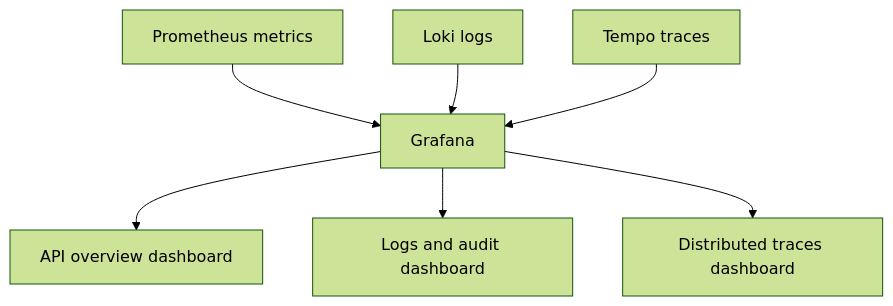
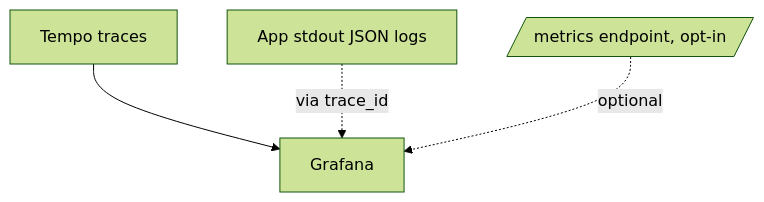
The diagram in docs/tools/grafana.md (Guebbit/boilerplate-node-backend), drawn with Mermaid (forest theme) before and after one commit. The commit also changed other lines of this file and 11 other files, not shown here.

````diff
--- a/docs/tools/grafana.md
+++ b/docs/tools/grafana.md
@@ -11,9 +25,6 @@
 ```mermaid
 flowchart TD
-    Prometheus[Prometheus metrics] --> Grafana
-    Loki[Loki logs] --> Grafana
     Tempo[Tempo traces] --> Grafana
-    Grafana --> Dash1[API overview dashboard]
-    Grafana --> Dash2[Logs and audit dashboard]
-    Grafana --> Dash3[Distributed traces dashboard]
+    AppLogs[App stdout JSON logs] -.via trace_id.-> Grafana
+    Metrics[/metrics endpoint, opt-in/] -.optional.-> Grafana
 ```
````
